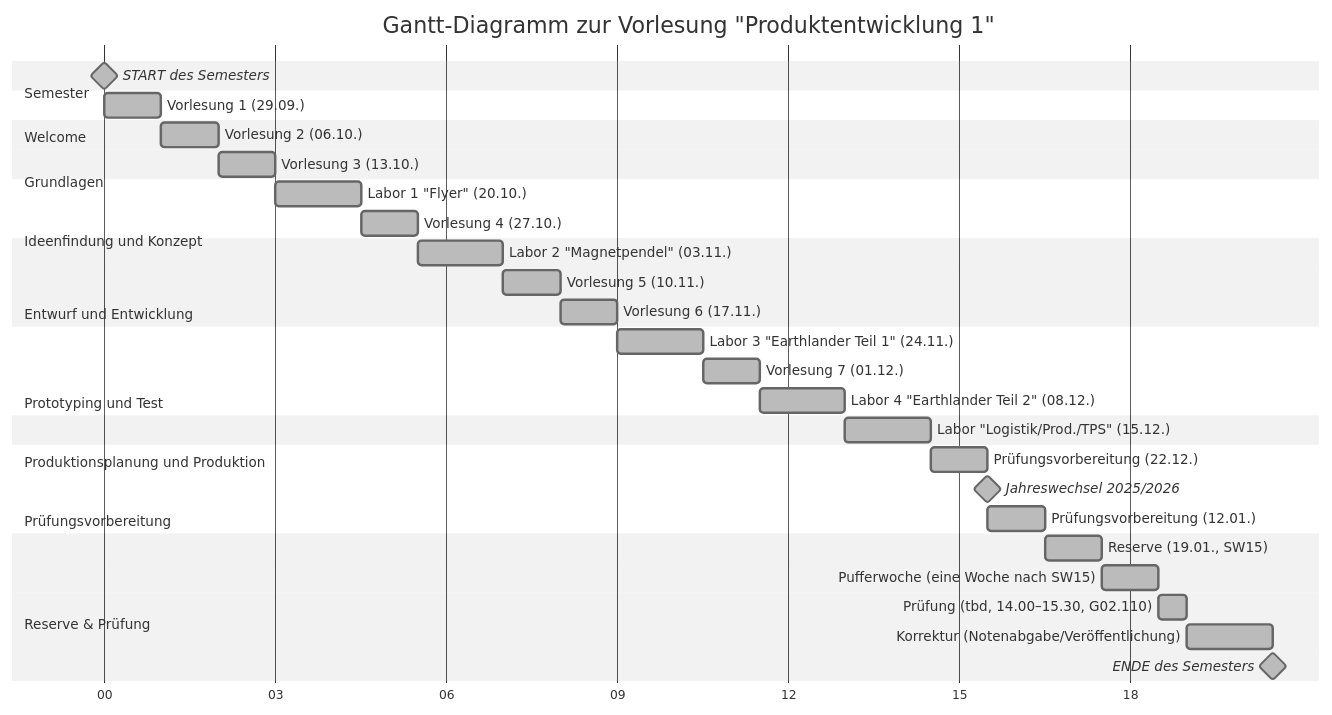
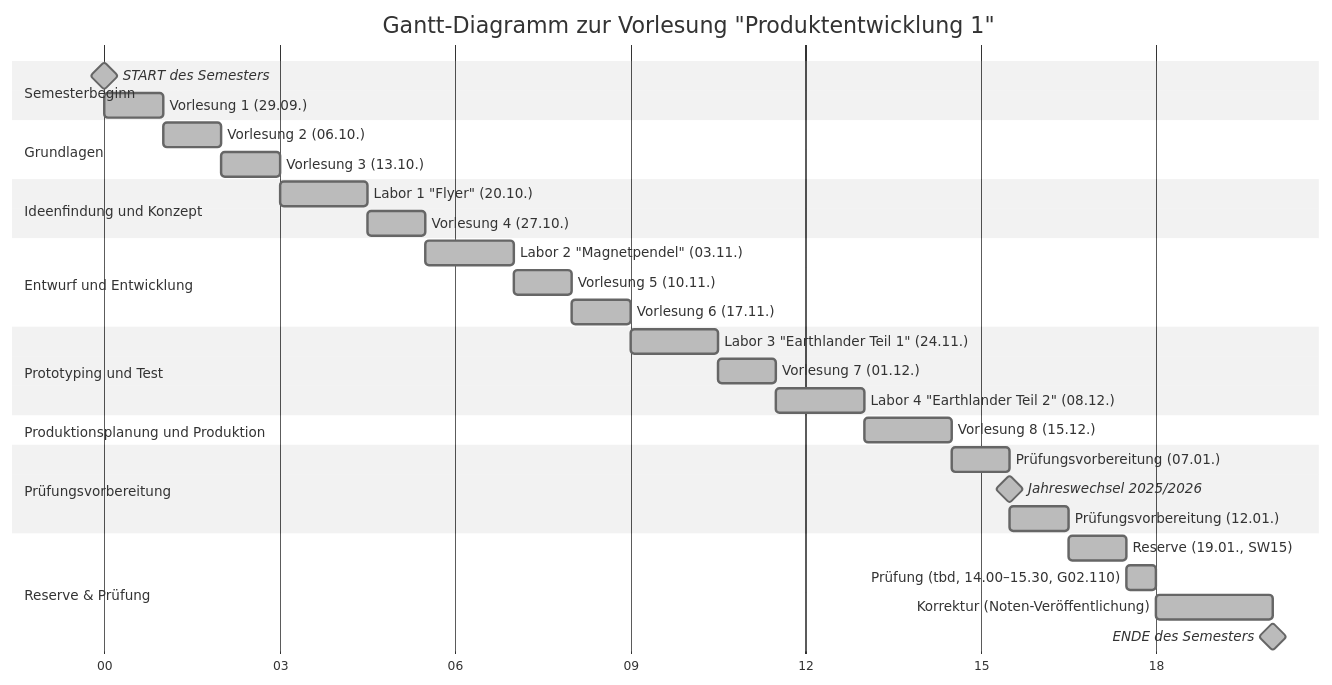
Before and after one commit to mrossde/PE1_PE2: the diagram in Termine.qmd, drawn with Mermaid (neutral theme). The commit also changed other lines of this file and 1 other file, not shown here.

Commit message:
Termine fixed

````diff
--- a/Termine.qmd
+++ b/Termine.qmd
@@ -228,51 +228,46 @@
 ```{mermaid}
 %%| label: fig-gnt-vorl-ws25-units
 %%| fig-cap: "Gantt-Diagramm zur Vorlesung PE1 im Wintersemester 2025/2026 (1 Zeiteinheit = 4×45 min ≙ 1 Doppelblock)"
 gantt
 title Gantt-Diagramm zur Vorlesung "Produktentwicklung 1"
     dateFormat HH:mm
     axisFormat %H
     todayMarker off
 
-    section Semester
+    section Semesterbeginn
     START des Semesters                          : done, milestone, m1, 00:00, 0m
-
-    section Welcome
     Vorlesung 1 (29.09.)                         : done, v1,  after m1, 1h
 
     section Grundlagen
     Vorlesung 2 (06.10.)                         : done, v2,  after v1, 1h
     Vorlesung 3 (13.10.)                         : done, v3,  after v2, 1h
 
     section Ideenfindung und Konzept
     Labor 1 "Flyer" (20.10.)                     : done, l1,  after v3, 90m
     Vorlesung 4 (27.10.)                         : done, v4,  after l1, 1h
 
     section Entwurf und Entwicklung
     Labor 2 "Magnetpendel" (03.11.)              : done, l2,  after v4, 90m
     Vorlesung 5 (10.11.)                         : done, v5,  after l2, 1h
     Vorlesung 6 (17.11.)                         : done, v6,  after v5, 1h
 
     section Prototyping und Test
     Labor 3 "Earthlander Teil 1" (24.11.)        : done, l3,  after v6, 90m
     Vorlesung 7 (01.12.)                         : done, v7,  after l3, 1h
     Labor 4 "Earthlander Teil 2" (08.12.)        : done, l4,  after v7, 90m
 
     section Produktionsplanung und Produktion
-    Labor "Logistik/Prod./TPS" (15.12.)          : done, l5,  after l4, 90m
+    Vorlesung 8 (15.12.)                         : done, l5,  after l4, 90m
 
     section Prüfungsvorbereitung
-    Prüfungsvorbereitung (22.12.)                : done, pv1, after l5, 1h
+    Prüfungsvorbereitung (07.01.)                : done, pv1, after l5, 1h
     Jahreswechsel 2025/2026                      : done, milestone, m2, after pv1, 0m
     Prüfungsvorbereitung (12.01.)                : done, pv2, after m2, 1h
 
     section Reserve & Prüfung
     Reserve (19.01., SW15)                       : done, rs,  after pv2, 1h
-    Pufferwoche (eine Woche nach SW15)           : done, pw,  after rs, 1h
-    Prüfung (tbd, 14.00–15.30, G02.110)          : done, p1,  after pw, 30m
-    Korrektur (Notenabgabe/Veröffentlichung)     : done, kor, after p1, 90m
-
-    section Semester
+    Prüfung (tbd, 14.00–15.30, G02.110)          : done, p1,  after rs, 30m
+    Korrektur (Noten-Veröffentlichung)           : done, kor, after p1, 2h
     ENDE des Semesters                           : done, milestone, m3, after kor, 0m
 
 ```
````
